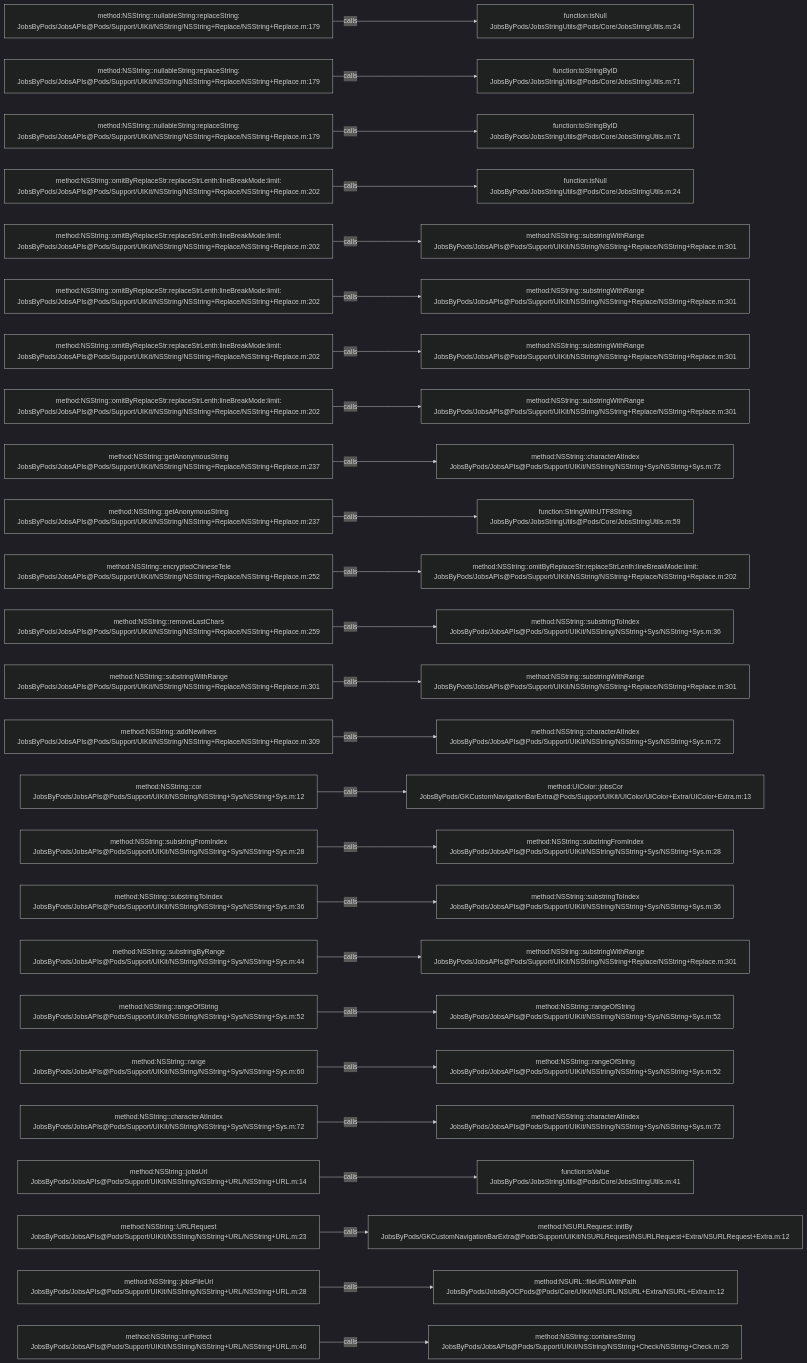
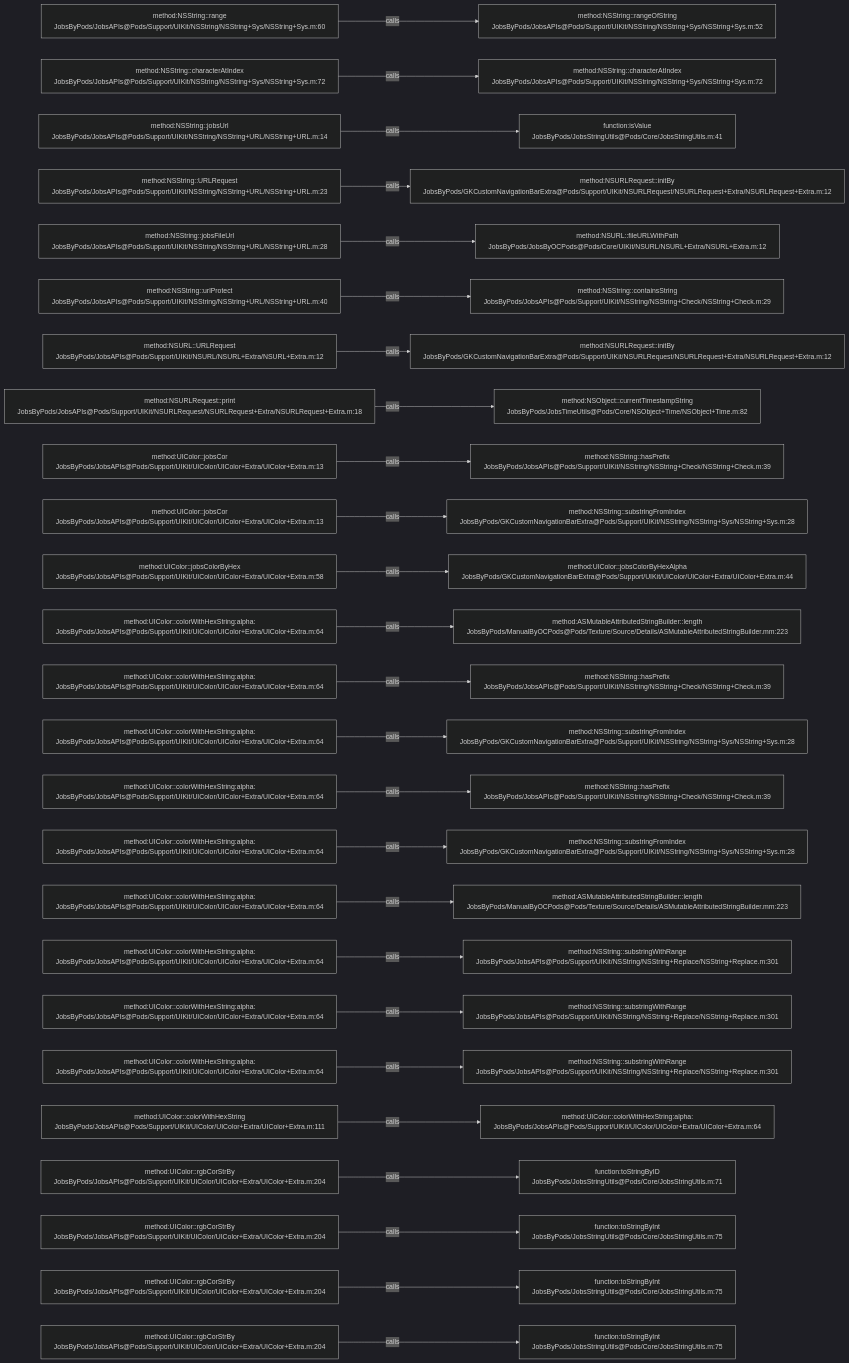
Before and after one commit to JobsKits/JobsOCBaseConfigDemo: the diagram in .codegraph/codegraph.md/graphs/calls-015.md, drawn with Mermaid (dark theme). The commit also changed 639 other files, not shown here.

````diff
--- a/.codegraph/codegraph.md/graphs/calls-015.md
+++ b/.codegraph/codegraph.md/graphs/calls-015.md
@@ -13,78 +13,78 @@
 ```mermaid
 flowchart LR
-  S1["method:NSString::nullableString:replaceString:<br/>JobsByPods/JobsAPIs@Pods/Support/UIKit/NSString/NSString+Replace/NSString+Replace.m:179"]
-  T1["function:isNull<br/>JobsByPods/JobsStringUtils@Pods/Core/JobsStringUtils.m:24"]
+  S1["method:NSString::range<br/>JobsByPods/JobsAPIs@Pods/Support/UIKit/NSString/NSString+Sys/NSString+Sys.m:60"]
+  T1["method:NSString::rangeOfString<br/>JobsByPods/JobsAPIs@Pods/Support/UIKit/NSString/NSString+Sys/NSString+Sys.m:52"]
   S1 -->|calls| T1
-  S2["method:NSString::nullableString:replaceString:<br/>JobsByPods/JobsAPIs@Pods/Support/UIKit/NSString/NSString+Replace/NSString+Replace.m:179"]
-  T2["function:toStringByID<br/>JobsByPods/JobsStringUtils@Pods/Core/JobsStringUtils.m:71"]
+  S2["method:NSString::characterAtIndex<br/>JobsByPods/JobsAPIs@Pods/Support/UIKit/NSString/NSString+Sys/NSString+Sys.m:72"]
+  T2["method:NSString::characterAtIndex<br/>JobsByPods/JobsAPIs@Pods/Support/UIKit/NSString/NSString+Sys/NSString+Sys.m:72"]
   S2 -->|calls| T2
-  S3["method:NSString::nullableString:replaceString:<br/>JobsByPods/JobsAPIs@Pods/Support/UIKit/NSString/NSString+Replace/NSString+Replace.m:179"]
-  T3["function:toStringByID<br/>JobsByPods/JobsStringUtils@Pods/Core/JobsStringUtils.m:71"]
+  S3["method:NSString::jobsUrl<br/>JobsByPods/JobsAPIs@Pods/Support/UIKit/NSString/NSString+URL/NSString+URL.m:14"]
+  T3["function:isValue<br/>JobsByPods/JobsStringUtils@Pods/Core/JobsStringUtils.m:41"]
   S3 -->|calls| T3
-  S4["method:NSString::omitByReplaceStr:replaceStrLenth:lineBreakMode:limit:<br/>JobsByPods/JobsAPIs@Pods/Support/UIKit/NSString/NSString+Replace/NSString+Replace.m:202"]
-  T4["function:isNull<br/>JobsByPods/JobsStringUtils@Pods/Core/JobsStringUtils.m:24"]
+  S4["method:NSString::URLRequest<br/>JobsByPods/JobsAPIs@Pods/Support/UIKit/NSString/NSString+URL/NSString+URL.m:23"]
+  T4["method:NSURLRequest::initBy<br/>JobsByPods/GKCustomNavigationBarExtra@Pods/Support/UIKit/NSURLRequest/NSURLRequest+Extra/NSURLRequest+Extra.m:12"]
   S4 -->|calls| T4
-  S5["method:NSString::omitByReplaceStr:replaceStrLenth:lineBreakMode:limit:<br/>JobsByPods/JobsAPIs@Pods/Support/UIKit/NSString/NSString+Replace/NSString+Replace.m:202"]
-  T5["method:NSString::substringWithRange<br/>JobsByPods/JobsAPIs@Pods/Support/UIKit/NSString/NSString+Replace/NSString+Replace.m:301"]
+  S5["method:NSString::jobsFileUrl<br/>JobsByPods/JobsAPIs@Pods/Support/UIKit/NSString/NSString+URL/NSString+URL.m:28"]
+  T5["method:NSURL::fileURLWithPath<br/>JobsByPods/JobsByOCPods@Pods/Core/UIKit/NSURL/NSURL+Extra/NSURL+Extra.m:12"]
   S5 -->|calls| T5
-  S6["method:NSString::omitByReplaceStr:replaceStrLenth:lineBreakMode:limit:<br/>JobsByPods/JobsAPIs@Pods/Support/UIKit/NSString/NSString+Replace/NSString+Replace.m:202"]
-  T6["method:NSString::substringWithRange<br/>JobsByPods/JobsAPIs@Pods/Support/UIKit/NSString/NSString+Replace/NSString+Replace.m:301"]
+  S6["method:NSString::urlProtect<br/>JobsByPods/JobsAPIs@Pods/Support/UIKit/NSString/NSString+URL/NSString+URL.m:40"]
+  T6["method:NSString::containsString<br/>JobsByPods/JobsAPIs@Pods/Support/UIKit/NSString/NSString+Check/NSString+Check.m:29"]
   S6 -->|calls| T6
-  S7["method:NSString::omitByReplaceStr:replaceStrLenth:lineBreakMode:limit:<br/>JobsByPods/JobsAPIs@Pods/Support/UIKit/NSString/NSString+Replace/NSString+Replace.m:202"]
-  T7["method:NSString::substringWithRange<br/>JobsByPods/JobsAPIs@Pods/Support/UIKit/NSString/NSString+Replace/NSString+Replace.m:301"]
+  S7["method:NSURL::URLRequest<br/>JobsByPods/JobsAPIs@Pods/Support/UIKit/NSURL/NSURL+Extra/NSURL+Extra.m:12"]
+  T7["method:NSURLRequest::initBy<br/>JobsByPods/GKCustomNavigationBarExtra@Pods/Support/UIKit/NSURLRequest/NSURLRequest+Extra/NSURLRequest+Extra.m:12"]
   S7 -->|calls| T7
-  S8["method:NSString::omitByReplaceStr:replaceStrLenth:lineBreakMode:limit:<br/>JobsByPods/JobsAPIs@Pods/Support/UIKit/NSString/NSString+Replace/NSString+Replace.m:202"]
-  T8["method:NSString::substringWithRange<br/>JobsByPods/JobsAPIs@Pods/Support/UIKit/NSString/NSString+Replace/NSString+Replace.m:301"]
+  S8["method:NSURLRequest::print<br/>JobsByPods/JobsAPIs@Pods/Support/UIKit/NSURLRequest/NSURLRequest+Extra/NSURLRequest+Extra.m:18"]
+  T8["method:NSObject::currentTimestampString<br/>JobsByPods/JobsTimeUtils@Pods/Core/NSObject+Time/NSObject+Time.m:82"]
   S8 -->|calls| T8
-  S9["method:NSString::getAnonymousString<br/>JobsByPods/JobsAPIs@Pods/Support/UIKit/NSString/NSString+Replace/NSString+Replace.m:237"]
-  T9["method:NSString::characterAtIndex<br/>JobsByPods/JobsAPIs@Pods/Support/UIKit/NSString/NSString+Sys/NSString+Sys.m:72"]
+  S9["method:UIColor::jobsCor<br/>JobsByPods/JobsAPIs@Pods/Support/UIKit/UIColor/UIColor+Extra/UIColor+Extra.m:13"]
+  T9["method:NSString::hasPrefix<br/>JobsByPods/JobsAPIs@Pods/Support/UIKit/NSString/NSString+Check/NSString+Check.m:39"]
   S9 -->|calls| T9
-  S10["method:NSString::getAnonymousString<br/>JobsByPods/JobsAPIs@Pods/Support/UIKit/NSString/NSString+Replace/NSString+Replace.m:237"]
-  T10["function:StringWithUTF8String<br/>JobsByPods/JobsStringUtils@Pods/Core/JobsStringUtils.m:59"]
+  S10["method:UIColor::jobsCor<br/>JobsByPods/JobsAPIs@Pods/Support/UIKit/UIColor/UIColor+Extra/UIColor+Extra.m:13"]
+  T10["method:NSString::substringFromIndex<br/>JobsByPods/GKCustomNavigationBarExtra@Pods/Support/UIKit/NSString/NSString+Sys/NSString+Sys.m:28"]
   S10 -->|calls| T10
-  S11["method:NSString::encryptedChineseTele<br/>JobsByPods/JobsAPIs@Pods/Support/UIKit/NSString/NSString+Replace/NSString+Replace.m:252"]
-  T11["method:NSString::omitByReplaceStr:replaceStrLenth:lineBreakMode:limit:<br/>JobsByPods/JobsAPIs@Pods/Support/UIKit/NSString/NSString+Replace/NSString+Replace.m:202"]
+  S11["method:UIColor::jobsColorByHex<br/>JobsByPods/JobsAPIs@Pods/Support/UIKit/UIColor/UIColor+Extra/UIColor+Extra.m:58"]
+  T11["method:UIColor::jobsColorByHexAlpha<br/>JobsByPods/GKCustomNavigationBarExtra@Pods/Support/UIKit/UIColor/UIColor+Extra/UIColor+Extra.m:44"]
   S11 -->|calls| T11
-  S12["method:NSString::removeLastChars<br/>JobsByPods/JobsAPIs@Pods/Support/UIKit/NSString/NSString+Replace/NSString+Replace.m:259"]
-  T12["method:NSString::substringToIndex<br/>JobsByPods/JobsAPIs@Pods/Support/UIKit/NSString/NSString+Sys/NSString+Sys.m:36"]
+  S12["method:UIColor::colorWithHexString:alpha:<br/>JobsByPods/JobsAPIs@Pods/Support/UIKit/UIColor/UIColor+Extra/UIColor+Extra.m:64"]
+  T12["method:ASMutableAttributedStringBuilder::length<br/>JobsByPods/ManualByOCPods@Pods/Texture/Source/Details/ASMutableAttributedStringBuilder.mm:223"]
   S12 -->|calls| T12
-  S13["method:NSString::substringWithRange<br/>JobsByPods/JobsAPIs@Pods/Support/UIKit/NSString/NSString+Replace/NSString+Replace.m:301"]
-  T13["method:NSString::substringWithRange<br/>JobsByPods/JobsAPIs@Pods/Support/UIKit/NSString/NSString+Replace/NSString+Replace.m:301"]
+  S13["method:UIColor::colorWithHexString:alpha:<br/>JobsByPods/JobsAPIs@Pods/Support/UIKit/UIColor/UIColor+Extra/UIColor+Extra.m:64"]
+  T13["method:NSString::hasPrefix<br/>JobsByPods/JobsAPIs@Pods/Support/UIKit/NSString/NSString+Check/NSString+Check.m:39"]
   S13 -->|calls| T13
-  S14["method:NSString::addNewlines<br/>JobsByPods/JobsAPIs@Pods/Support/UIKit/NSString/NSString+Replace/NSString+Replace.m:309"]
-  T14["method:NSString::characterAtIndex<br/>JobsByPods/JobsAPIs@Pods/Support/UIKit/NSString/NSString+Sys/NSString+Sys.m:72"]
+  S14["method:UIColor::colorWithHexString:alpha:<br/>JobsByPods/JobsAPIs@Pods/Support/UIKit/UIColor/UIColor+Extra/UIColor+Extra.m:64"]
+  T14["method:NSString::substringFromIndex<br/>JobsByPods/GKCustomNavigationBarExtra@Pods/Support/UIKit/NSString/NSString+Sys/NSString+Sys.m:28"]
   S14 -->|calls| T14
-  S15["method:NSString::cor<br/>JobsByPods/JobsAPIs@Pods/Support/UIKit/NSString/NSString+Sys/NSString+Sys.m:12"]
-  T15["method:UIColor::jobsCor<br/>JobsByPods/GKCustomNavigationBarExtra@Pods/Support/UIKit/UIColor/UIColor+Extra/UIColor+Extra.m:13"]
+  S15["method:UIColor::colorWithHexString:alpha:<br/>JobsByPods/JobsAPIs@Pods/Support/UIKit/UIColor/UIColor+Extra/UIColor+Extra.m:64"]
+  T15["method:NSString::hasPrefix<br/>JobsByPods/JobsAPIs@Pods/Support/UIKit/NSString/NSString+Check/NSString+Check.m:39"]
   S15 -->|calls| T15
-  S16["method:NSString::substringFromIndex<br/>JobsByPods/JobsAPIs@Pods/Support/UIKit/NSString/NSString+Sys/NSString+Sys.m:28"]
-  T16["method:NSString::substringFromIndex<br/>JobsByPods/JobsAPIs@Pods/Support/UIKit/NSString/NSString+Sys/NSString+Sys.m:28"]
+  S16["method:UIColor::colorWithHexString:alpha:<br/>JobsByPods/JobsAPIs@Pods/Support/UIKit/UIColor/UIColor+Extra/UIColor+Extra.m:64"]
+  T16["method:NSString::substringFromIndex<br/>JobsByPods/GKCustomNavigationBarExtra@Pods/Support/UIKit/NSString/NSString+Sys/NSString+Sys.m:28"]
   S16 -->|calls| T16
-  S17["method:NSString::substringToIndex<br/>JobsByPods/JobsAPIs@Pods/Support/UIKit/NSString/NSString+Sys/NSString+Sys.m:36"]
-  T17["method:NSString::substringToIndex<br/>JobsByPods/JobsAPIs@Pods/Support/UIKit/NSString/NSString+Sys/NSString+Sys.m:36"]
+  S17["method:UIColor::colorWithHexString:alpha:<br/>JobsByPods/JobsAPIs@Pods/Support/UIKit/UIColor/UIColor+Extra/UIColor+Extra.m:64"]
+  T17["method:ASMutableAttributedStringBuilder::length<br/>JobsByPods/ManualByOCPods@Pods/Texture/Source/Details/ASMutableAttributedStringBuilder.mm:223"]
   S17 -->|calls| T17
-  S18["method:NSString::substringByRange<br/>JobsByPods/JobsAPIs@Pods/Support/UIKit/NSString/NSString+Sys/NSString+Sys.m:44"]
+  S18["method:UIColor::colorWithHexString:alpha:<br/>JobsByPods/JobsAPIs@Pods/Support/UIKit/UIColor/UIColor+Extra/UIColor+Extra.m:64"]
   T18["method:NSString::substringWithRange<br/>JobsByPods/JobsAPIs@Pods/Support/UIKit/NSString/NSString+Replace/NSString+Replace.m:301"]
   S18 -->|calls| T18
-  S19["method:NSString::rangeOfString<br/>JobsByPods/JobsAPIs@Pods/Support/UIKit/NSString/NSString+Sys/NSString+Sys.m:52"]
-  T19["method:NSString::rangeOfString<br/>JobsByPods/JobsAPIs@Pods/Support/UIKit/NSString/NSString+Sys/NSString+Sys.m:52"]
+  S19["method:UIColor::colorWithHexString:alpha:<br/>JobsByPods/JobsAPIs@Pods/Support/UIKit/UIColor/UIColor+Extra/UIColor+Extra.m:64"]
+  T19["method:NSString::substringWithRange<br/>JobsByPods/JobsAPIs@Pods/Support/UIKit/NSString/NSString+Replace/NSString+Replace.m:301"]
   S19 -->|calls| T19
-  S20["method:NSString::range<br/>JobsByPods/JobsAPIs@Pods/Support/UIKit/NSString/NSString+Sys/NSString+Sys.m:60"]
-  T20["method:NSString::rangeOfString<br/>JobsByPods/JobsAPIs@Pods/Support/UIKit/NSString/NSString+Sys/NSString+Sys.m:52"]
+  S20["method:UIColor::colorWithHexString:alpha:<br/>JobsByPods/JobsAPIs@Pods/Support/UIKit/UIColor/UIColor+Extra/UIColor+Extra.m:64"]
+  T20["method:NSString::substringWithRange<br/>JobsByPods/JobsAPIs@Pods/Support/UIKit/NSString/NSString+Replace/NSString+Replace.m:301"]
   S20 -->|calls| T20
-  S21["method:NSString::characterAtIndex<br/>JobsByPods/JobsAPIs@Pods/Support/UIKit/NSString/NSString+Sys/NSString+Sys.m:72"]
-  T21["method:NSString::characterAtIndex<br/>JobsByPods/JobsAPIs@Pods/Support/UIKit/NSString/NSString+Sys/NSString+Sys.m:72"]
+  S21["method:UIColor::colorWithHexString<br/>JobsByPods/JobsAPIs@Pods/Support/UIKit/UIColor/UIColor+Extra/UIColor+Extra.m:111"]
+  T21["method:UIColor::colorWithHexString:alpha:<br/>JobsByPods/JobsAPIs@Pods/Support/UIKit/UIColor/UIColor+Extra/UIColor+Extra.m:64"]
   S21 -->|calls| T21
-  S22["method:NSString::jobsUrl<br/>JobsByPods/JobsAPIs@Pods/Support/UIKit/NSString/NSString+URL/NSString+URL.m:14"]
-  T22["function:isValue<br/>JobsByPods/JobsStringUtils@Pods/Core/JobsStringUtils.m:41"]
+  S22["method:UIColor::rgbCorStrBy<br/>JobsByPods/JobsAPIs@Pods/Support/UIKit/UIColor/UIColor+Extra/UIColor+Extra.m:204"]
+  T22["function:toStringByID<br/>JobsByPods/JobsStringUtils@Pods/Core/JobsStringUtils.m:71"]
   S22 -->|calls| T22
-  S23["method:NSString::URLRequest<br/>JobsByPods/JobsAPIs@Pods/Support/UIKit/NSString/NSString+URL/NSString+URL.m:23"]
-  T23["method:NSURLRequest::initBy<br/>JobsByPods/GKCustomNavigationBarExtra@Pods/Support/UIKit/NSURLRequest/NSURLRequest+Extra/NSURLRequest+Extra.m:12"]
+  S23["method:UIColor::rgbCorStrBy<br/>JobsByPods/JobsAPIs@Pods/Support/UIKit/UIColor/UIColor+Extra/UIColor+Extra.m:204"]
+  T23["function:toStringByInt<br/>JobsByPods/JobsStringUtils@Pods/Core/JobsStringUtils.m:75"]
   S23 -->|calls| T23
-  S24["method:NSString::jobsFileUrl<br/>JobsByPods/JobsAPIs@Pods/Support/UIKit/NSString/NSString+URL/NSString+URL.m:28"]
-  T24["method:NSURL::fileURLWithPath<br/>JobsByPods/JobsByOCPods@Pods/Core/UIKit/NSURL/NSURL+Extra/NSURL+Extra.m:12"]
+  S24["method:UIColor::rgbCorStrBy<br/>JobsByPods/JobsAPIs@Pods/Support/UIKit/UIColor/UIColor+Extra/UIColor+Extra.m:204"]
+  T24["function:toStringByInt<br/>JobsByPods/JobsStringUtils@Pods/Core/JobsStringUtils.m:75"]
   S24 -->|calls| T24
-  S25["method:NSString::urlProtect<br/>JobsByPods/JobsAPIs@Pods/Support/UIKit/NSString/NSString+URL/NSString+URL.m:40"]
-  T25["method:NSString::containsString<br/>JobsByPods/JobsAPIs@Pods/Support/UIKit/NSString/NSString+Check/NSString+Check.m:29"]
+  S25["method:UIColor::rgbCorStrBy<br/>JobsByPods/JobsAPIs@Pods/Support/UIKit/UIColor/UIColor+Extra/UIColor+Extra.m:204"]
+  T25["function:toStringByInt<br/>JobsByPods/JobsStringUtils@Pods/Core/JobsStringUtils.m:75"]
   S25 -->|calls| T25
 ```
````
